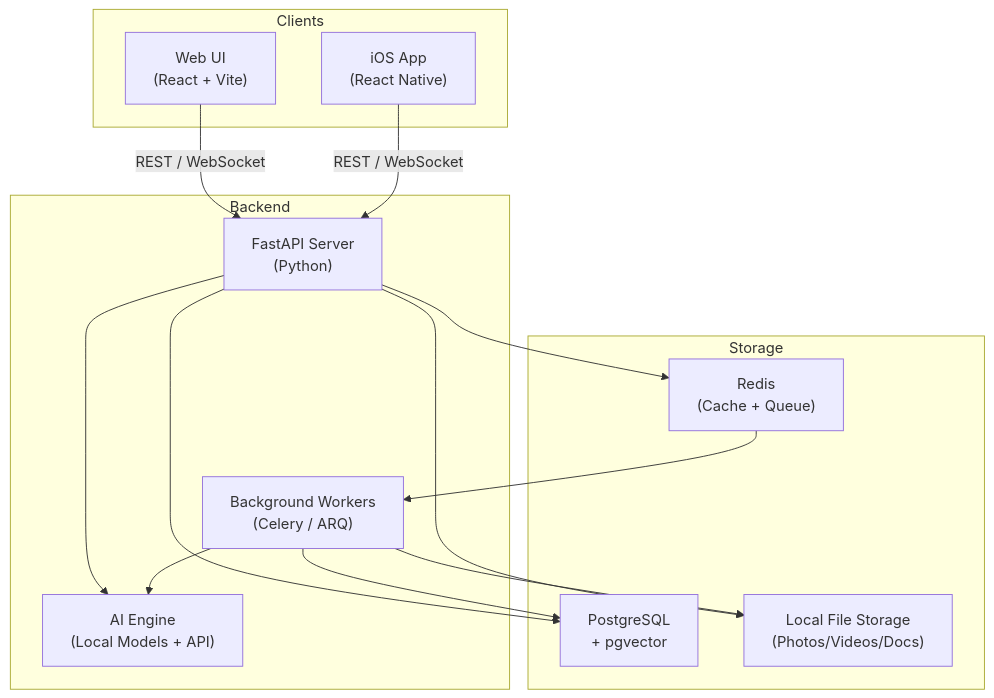
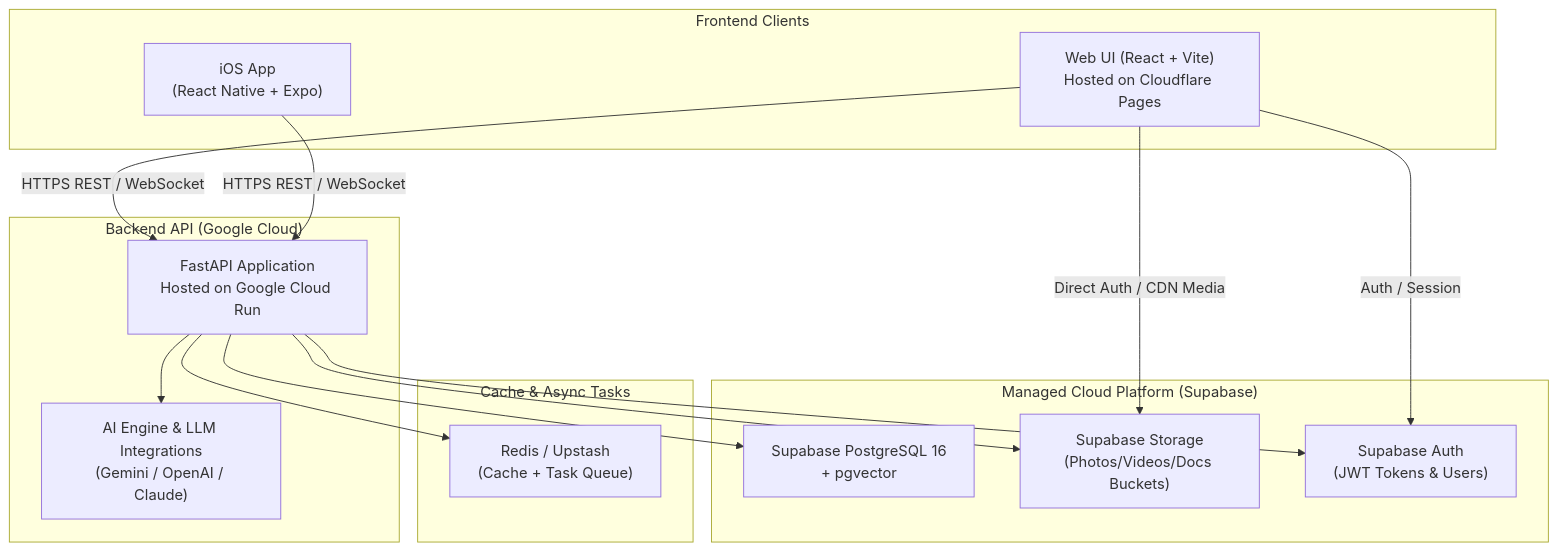
Before and after one commit to XiaosongWen/myworld: the first of 3 diagrams in agents/high_level_design.md, drawn with Mermaid. The commit also changed other lines of this file and 4 other files, not shown here.

Commit message:
docs: add AI workout module, cloud deployment architecture, and update roadmap

````diff
--- a/agents/high_level_design.md
+++ b/agents/high_level_design.md
@@ -9,30 +9,32 @@
 ```mermaid
 graph TB
-    subgraph Clients
-        WEB["Web UI<br/>(React + Vite)"]
-        IOS["iOS App<br/>(React Native)"]
+    subgraph "Frontend Clients"
+        CF["Web UI (React + Vite)<br/>Hosted on Cloudflare Pages"]
+        IOS["iOS App<br/>(React Native + Expo)"]
     end
 
-    subgraph Backend
-        API["FastAPI Server<br/>(Python)"]
-        AI["AI Engine<br/>(Local Models + API)"]
-        WORKER["Background Workers<br/>(Celery / ARQ)"]
+    subgraph "Backend API (Google Cloud)"
+        RUN["FastAPI Application<br/>Hosted on Google Cloud Run"]
+        AI["AI Engine & LLM Integrations<br/>(Gemini / OpenAI / Claude)"]
     end
 
-    subgraph Storage
-        PG["PostgreSQL<br/>+ pgvector"]
-        FS["Local File Storage<br/>(Photos/Videos/Docs)"]
-        CACHE["Redis<br/>(Cache + Queue)"]
+    subgraph "Managed Cloud Platform (Supabase)"
+        PG["Supabase PostgreSQL 16<br/>+ pgvector"]
+        STORAGE["Supabase Storage<br/>(Photos/Videos/Docs Buckets)"]
+        AUTH["Supabase Auth<br/>(JWT Tokens & Users)"]
     end
 
-    WEB -->|REST / WebSocket| API
-    IOS -->|REST / WebSocket| API
-    API --> PG
-    API --> FS
-    API --> CACHE
-    API --> AI
-    WORKER --> PG
-    WORKER --> FS
-    WORKER --> AI
-    CACHE --> WORKER
+    subgraph "Cache & Async Tasks"
+        REDIS["Redis / Upstash<br/>(Cache + Task Queue)"]
+    end
+
+    CF -->|HTTPS REST / WebSocket| RUN
+    IOS -->|HTTPS REST / WebSocket| RUN
+    CF -->|Direct Auth / CDN Media| STORAGE
+    CF -->|Auth / Session| AUTH
+    RUN --> PG
+    RUN --> STORAGE
+    RUN --> AUTH
+    RUN --> REDIS
+    RUN --> AI
 ```
````
